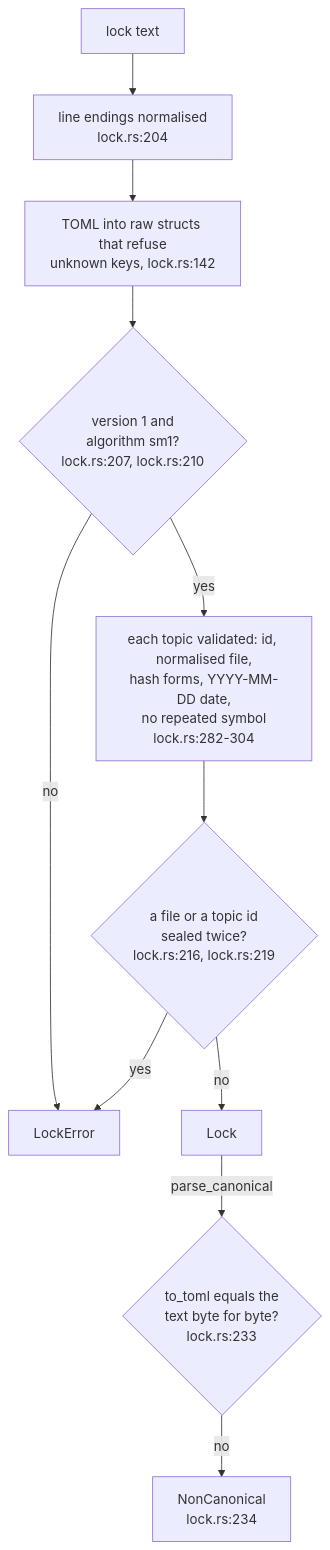
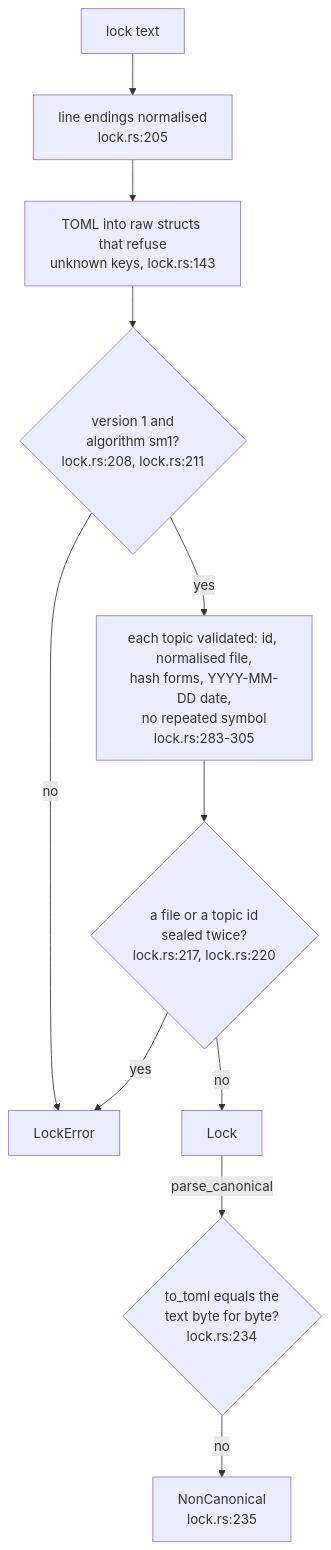
The second of 6 diagrams in docs/diagrams/sealmap/15-seals-the-lock-and-the-checks.md (DreamLab-AI/VisionFlow), drawn with Mermaid before and after one commit. The commit also changed other lines of this file and 59 other files, not shown here.

First line of the commit message:
docs(diagrams): re-derive and re-stamp forum, website, pod, ontomark and sealmap topics

````diff
--- a/docs/diagrams/sealmap/15-seals-the-lock-and-the-checks.md
+++ b/docs/diagrams/sealmap/15-seals-the-lock-and-the-checks.md
@@ -134,20 +135,20 @@
 ```mermaid
 flowchart TB
     T["lock text"]
-    N["line endings normalised<br/>lock.rs:204"]
-    TP["TOML into raw structs that refuse<br/>unknown keys, lock.rs:142"]
-    V{"version 1 and<br/>algorithm sm1?<br/>lock.rs:207, lock.rs:210"}
-    F["each topic validated: id, normalised file,<br/>hash forms, YYYY-MM-DD date,<br/>no repeated symbol<br/>lock.rs:282-304"]
-    D{"a file or a topic id<br/>sealed twice?<br/>lock.rs:216, lock.rs:219"}
+    N["line endings normalised<br/>lock.rs:205"]
+    TP["TOML into raw structs that refuse<br/>unknown keys, lock.rs:143"]
+    V{"version 1 and<br/>algorithm sm1?<br/>lock.rs:208, lock.rs:211"}
+    F["each topic validated: id, normalised file,<br/>hash forms, YYYY-MM-DD date,<br/>no repeated symbol<br/>lock.rs:283-305"]
+    D{"a file or a topic id<br/>sealed twice?<br/>lock.rs:217, lock.rs:220"}
     L["Lock"]
-    C{"to_toml equals the<br/>text byte for byte?<br/>lock.rs:233"}
-    NC["NonCanonical<br/>lock.rs:234"]
+    C{"to_toml equals the<br/>text byte for byte?<br/>lock.rs:234"}
+    NC["NonCanonical<br/>lock.rs:235"]
     E["LockError"]
     T --> N --> TP --> V
     V -->|no| E
     V -->|yes| F --> D
     D -->|yes| E
     D -->|no| L
     L -->|parse_canonical| C
     C -->|no| NC
 ```
````
